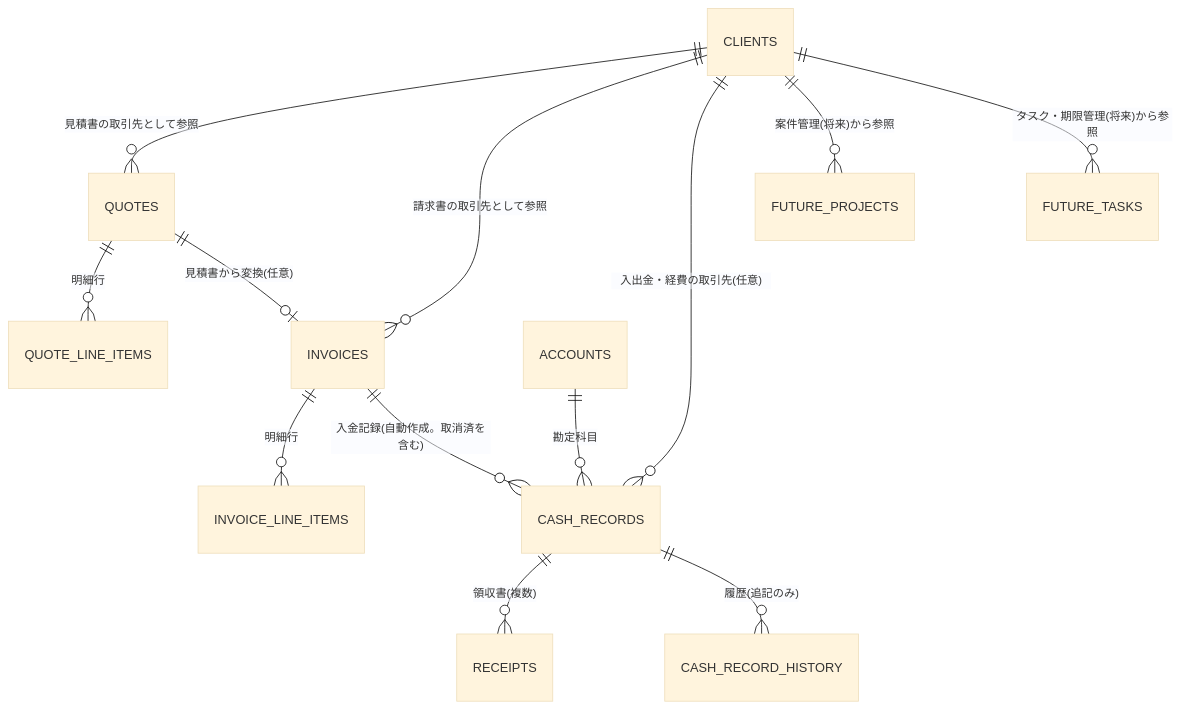
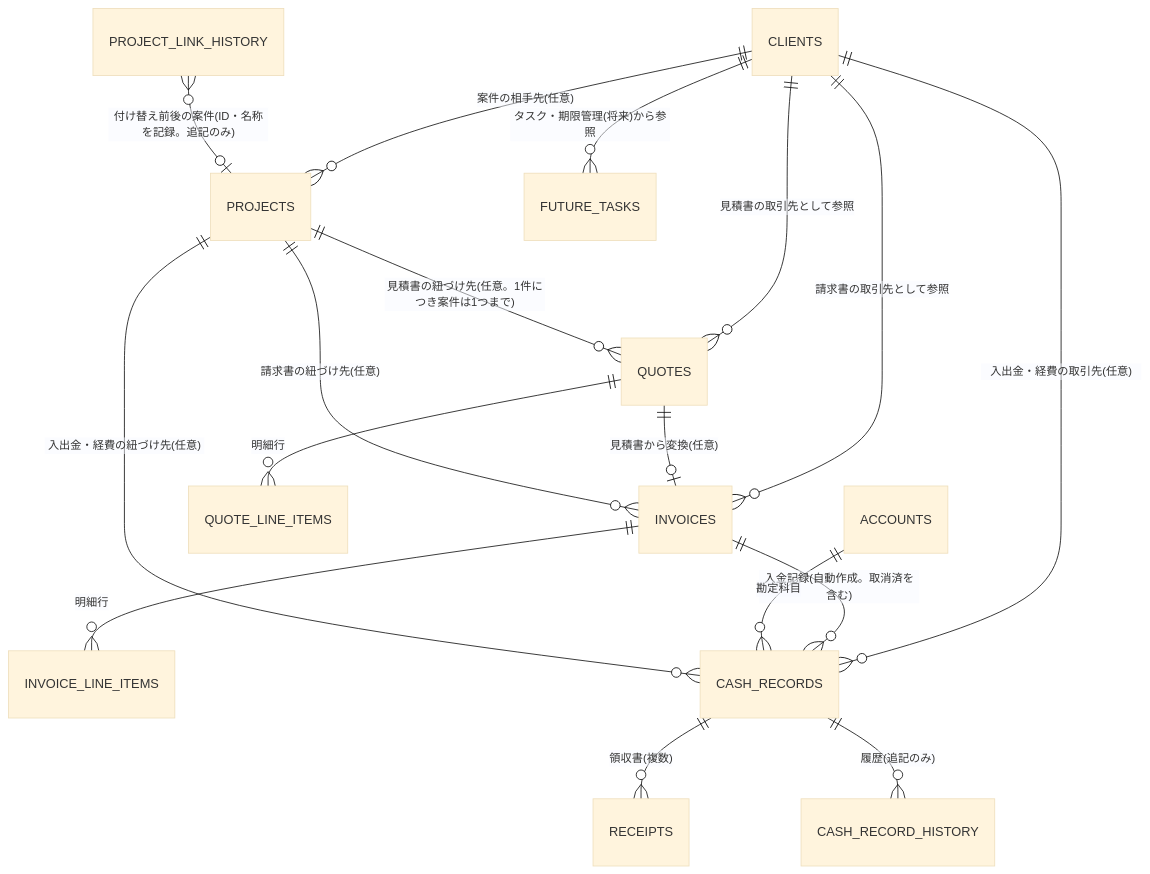
The third of 3 diagrams in docs/03_architect/基本設計書.md (eiai00000001-cell/jimu-hub), drawn with Mermaid (base theme) before and after one commit. The commit also changed other lines of this file and 52 other files, not shown here.

````diff
--- a/docs/03_architect/基本設計書.md
+++ b/docs/03_architect/基本設計書.md
@@ -610,15 +768,19 @@
 ```mermaid
 erDiagram
   CLIENTS ||--o{ QUOTES : "見積書の取引先として参照"
   CLIENTS ||--o{ INVOICES : "請求書の取引先として参照"
   QUOTES ||--o{ QUOTE_LINE_ITEMS : "明細行"
   INVOICES ||--o{ INVOICE_LINE_ITEMS : "明細行"
   QUOTES ||--o| INVOICES : "見積書から変換(任意)"
   CLIENTS ||--o{ CASH_RECORDS : "入出金・経費の取引先(任意)"
   INVOICES ||--o{ CASH_RECORDS : "入金記録(自動作成。取消済を含む)"
   ACCOUNTS ||--o{ CASH_RECORDS : "勘定科目"
   CASH_RECORDS ||--o{ RECEIPTS : "領収書(複数)"
   CASH_RECORDS ||--o{ CASH_RECORD_HISTORY : "履歴(追記のみ)"
-  CLIENTS ||--o{ FUTURE_PROJECTS : "案件管理(将来)から参照"
+  CLIENTS ||--o{ PROJECTS : "案件の相手先(任意)"
+  PROJECTS ||--o{ QUOTES : "見積書の紐づけ先(任意。1件につき案件は1つまで)"
+  PROJECTS ||--o{ INVOICES : "請求書の紐づけ先(任意)"
+  PROJECTS ||--o{ CASH_RECORDS : "入出金・経費の紐づけ先(任意)"
+  PROJECT_LINK_HISTORY }o--o| PROJECTS : "付け替え前後の案件(ID・名称を記録。追記のみ)"
   CLIENTS ||--o{ FUTURE_TASKS : "タスク・期限管理(将来)から参照"
 ```
````
